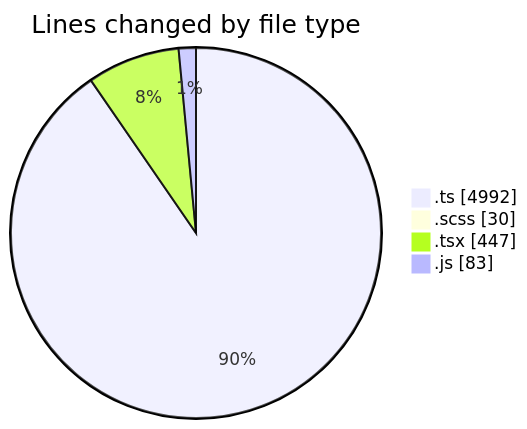
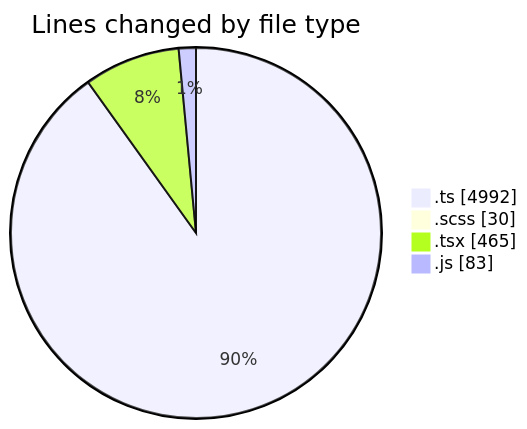
One commit to momahboobian/code-tracking changed the first of 2 diagrams in 2025-09-12/cda/README.md. Above: the diagram before and after it, drawn with Mermaid. The commit also changed other lines of this file and 1 other file, not shown here.

````diff
--- a/2025-09-12/cda/README.md
+++ b/2025-09-12/cda/README.md
@@ -30,8 +30,8 @@
 ```mermaid
 pie showData
 title Lines changed by file type
 ".ts" : 4992
 ".scss" : 30
-".tsx" : 447
+".tsx" : 465
 ".js" : 83
 ```
````
